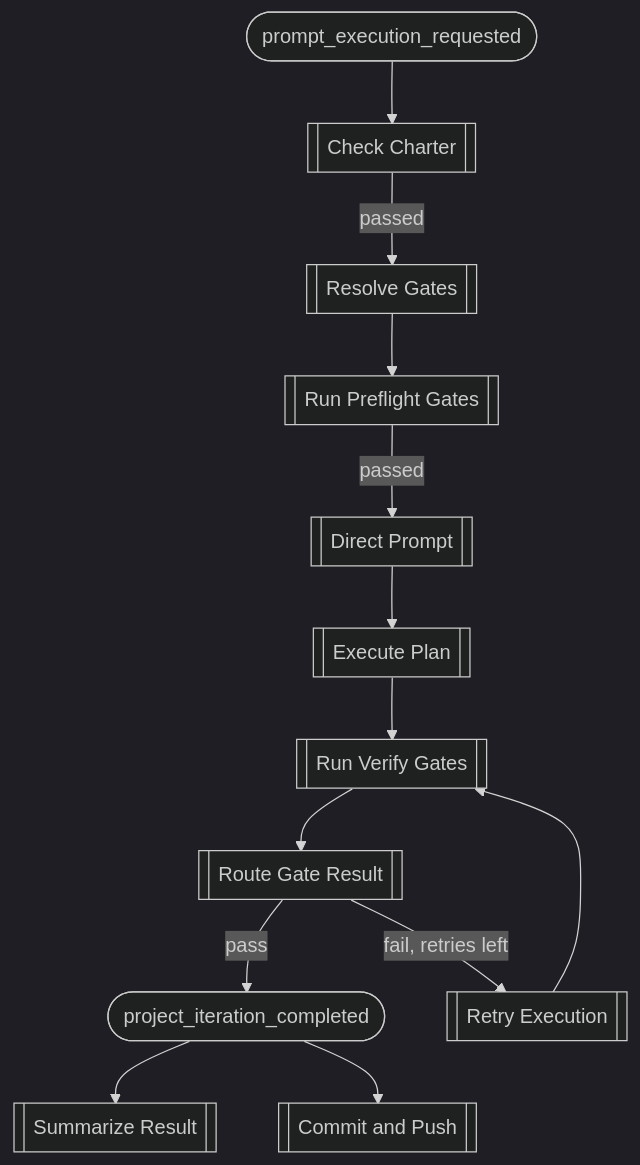
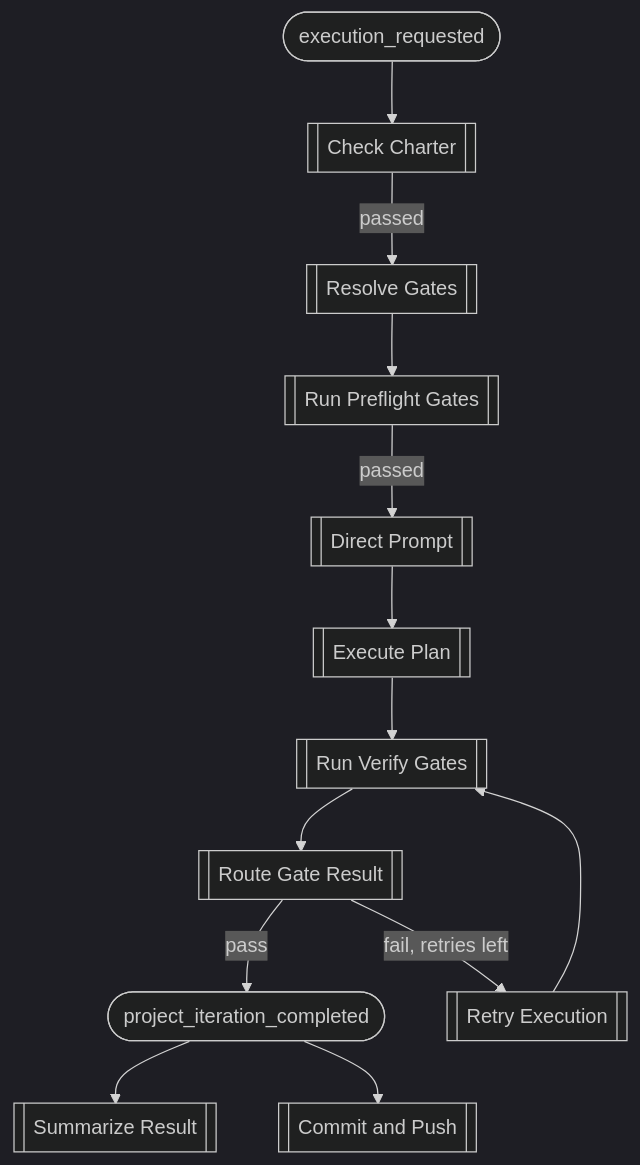
The third of 8 diagrams in book/src/guide/workflow-formations.md (svetzal/foundry), drawn with Mermaid (dark theme) before and after one commit. The commit also changed other lines of this file and 12 other files, not shown here.

````diff
--- a/book/src/guide/workflow-formations.md
+++ b/book/src/guide/workflow-formations.md
@@ -136,15 +136,15 @@
 ```mermaid
 flowchart TD
-    A([prompt_execution_requested]) --> B[[Check Charter]]
+    A([execution_requested]) --> B[[Check Charter]]
     B -->|passed| C[[Resolve Gates]]
     C --> D[[Run Preflight Gates]]
     D -->|passed| E[[Direct Prompt]]
     E --> F[[Execute Plan]]
     F --> G[[Run Verify Gates]]
     G --> H[[Route Gate Result]]
     H -->|pass| I([project_iteration_completed])
     H -->|fail, retries left| J[[Retry Execution]]
     J --> G
     I --> K[[Summarize Result]]
     I --> L[[Commit and Push]]
 ```
````
